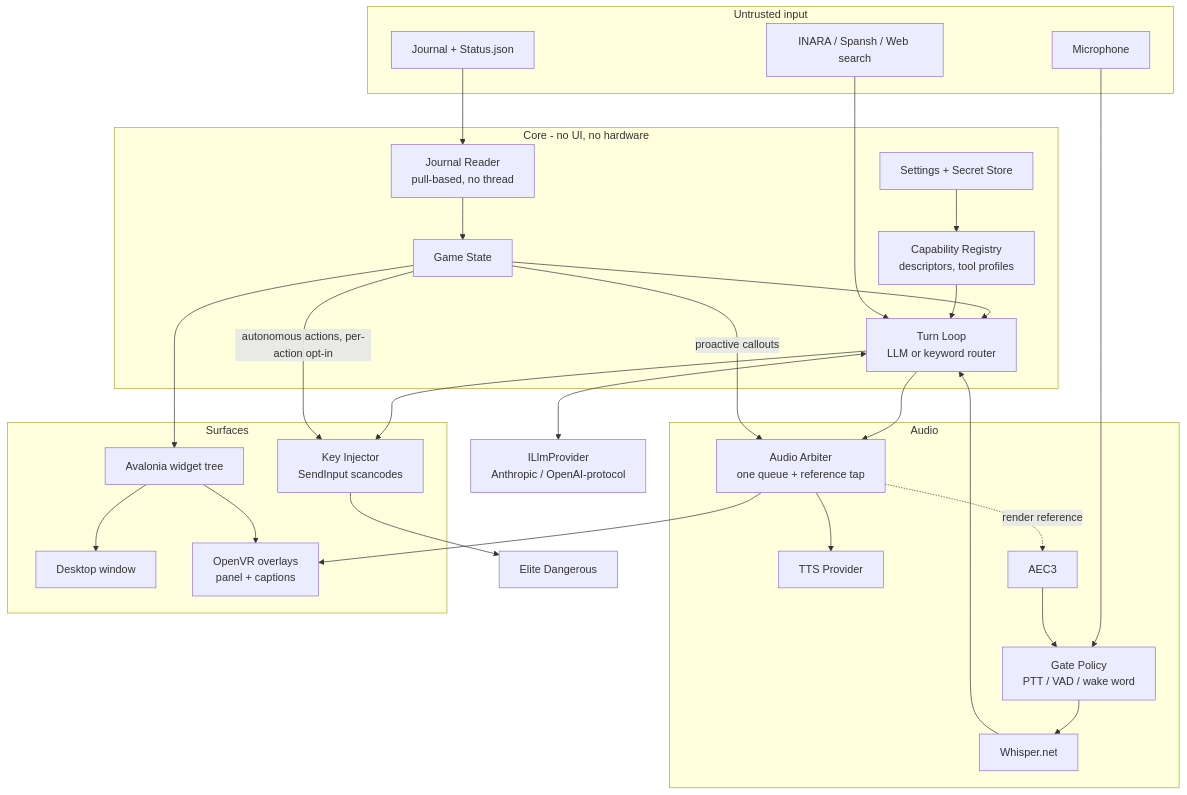
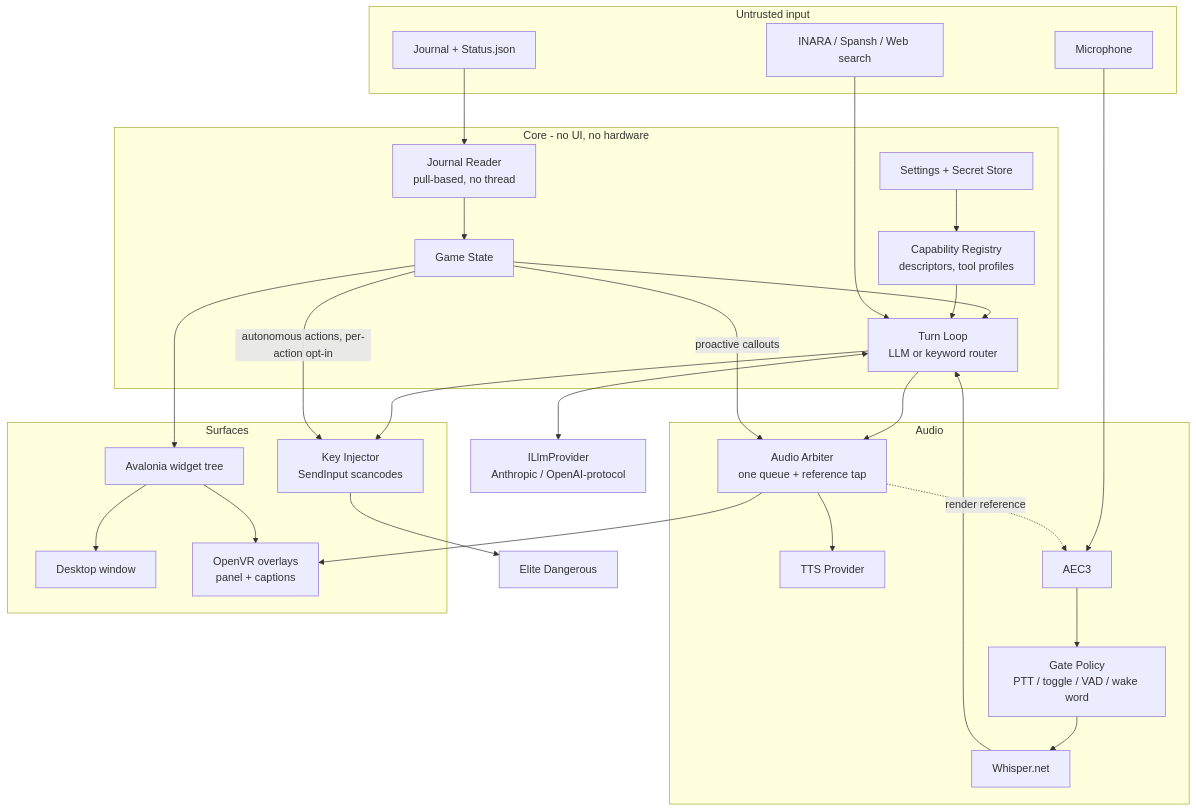
One commit to dseelinger/d47 changed the diagram in architecture.md. Above: the diagram before and after it, drawn with Mermaid. The commit also changed other lines of this file and 23 other files, not shown here.

````diff
--- a/architecture.md
+++ b/architecture.md
@@ -47,51 +47,50 @@
 ```mermaid
 graph TB
     subgraph Sources["Untrusted input"]
         J[Journal + Status.json]
         MIC[Microphone]
         NET[INARA / Spansh / Web search]
     end
 
     subgraph Core["Core - no UI, no hardware"]
         JR[Journal Reader<br/>pull-based, no thread]
         GS[Game State]
         REG[Capability Registry<br/>descriptors, tool profiles]
         TURN[Turn Loop<br/>LLM or keyword router]
         SET[Settings + Secret Store]
     end
 
     subgraph Voice["Audio"]
-        GATE[Gate Policy<br/>PTT / VAD / wake word]
+        GATE[Gate Policy<br/>PTT / toggle / VAD / wake word]
         STT[Whisper.net]
         ARB[Audio Arbiter<br/>one queue + reference tap]
         TTS[TTS Provider]
         AEC[AEC3]
     end
 
     subgraph Out["Surfaces"]
         UI[Avalonia widget tree]
         WIN[Desktop window]
         VR[OpenVR overlays<br/>panel + captions]
         KEY[Key Injector<br/>SendInput scancodes]
     end
 
     LLM[ILlmProvider<br/>Anthropic / OpenAI-protocol]
 
     J --> JR --> GS
-    MIC --> GATE --> STT --> TURN
+    MIC --> AEC --> GATE --> STT --> TURN
     GS --> TURN
     REG --> TURN
     TURN <--> LLM
     NET --> TURN
     TURN --> ARB --> TTS
     ARB -.render reference.-> AEC
-    AEC --> GATE
     ARB --> VR
     TURN --> KEY --> ELITE[Elite Dangerous]
     GS -->|proactive callouts| ARB
     GS -->|autonomous actions, per-action opt-in| KEY
     GS --> UI
     UI --> WIN
     UI --> VR
     SET --> REG
 ```
````
